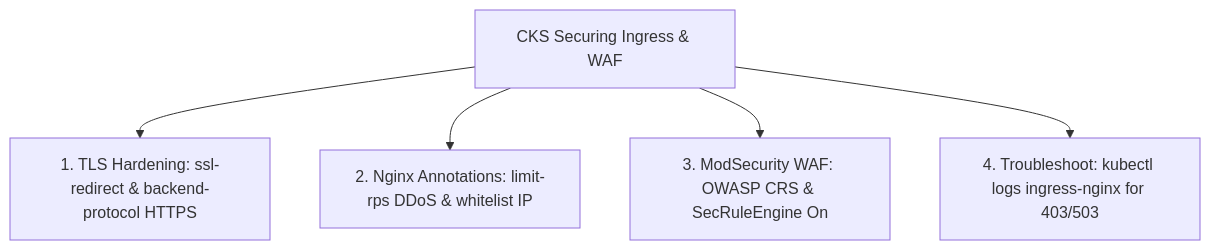
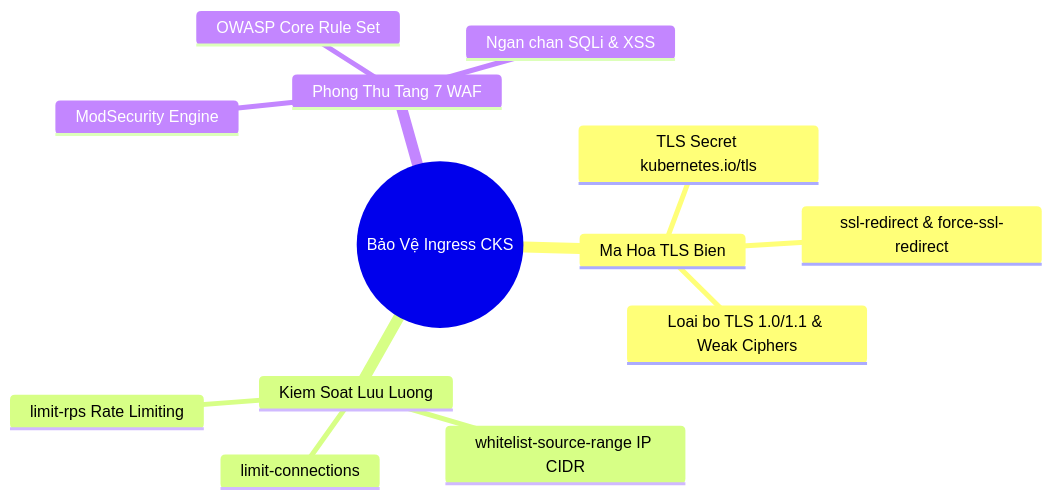
The third of 3 diagrams in _posts/2026-09-12-cks-02-02-securing-ingress-giai-doan-3.md (kiennt308/ntk), drawn with Mermaid before and after one commit. The commit also changed other lines of this file and 20 other files, not shown here.

````diff
--- a/_posts/2026-09-12-cks-02-02-securing-ingress-giai-doan-3.md
+++ b/_posts/2026-09-12-cks-02-02-securing-ingress-giai-doan-3.md
@@ -319,7 +501,16 @@
 ```mermaid
-graph TD
-    SecuringIngress[CKS Securing Ingress & WAF] --> TLS[1. TLS Hardening: ssl-redirect & backend-protocol HTTPS]
-    SecuringIngress --> Annotations[2. Nginx Annotations: limit-rps DDoS & whitelist IP]
-    SecuringIngress --> WAF[3. ModSecurity WAF: OWASP CRS & SecRuleEngine On]
-    SecuringIngress --> Audit[4. Troubleshoot: kubectl logs ingress-nginx for 403/503]
+mindmap
+  root((Bảo Vệ Ingress CKS))
+    Ma Hoa TLS Bien
+      TLS Secret kubernetes.io/tls
+      ssl-redirect & force-ssl-redirect
+      Loai bo TLS 1.0/1.1 & Weak Ciphers
+    Kiem Soat Luu Luong
+      limit-rps Rate Limiting
+      limit-connections
+      whitelist-source-range IP CIDR
+    Phong Thu Tang 7 WAF
+      ModSecurity Engine
+      OWASP Core Rule Set
+      Ngan chan SQLi & XSS
 ```
````
